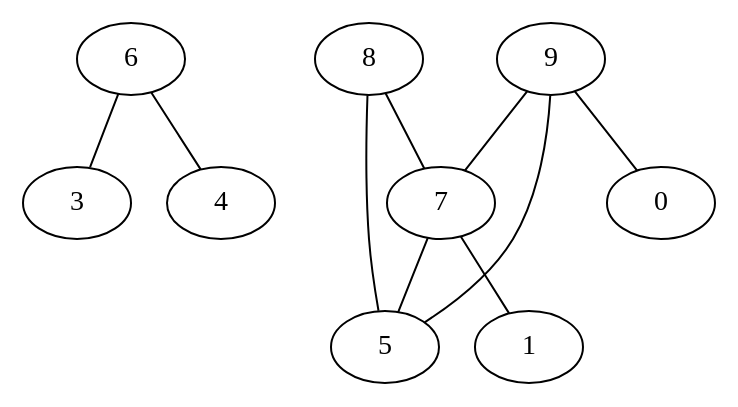
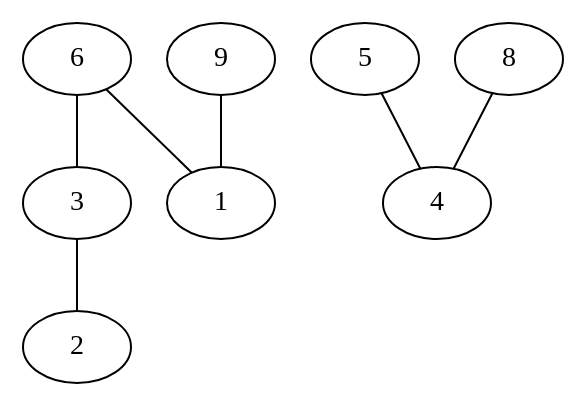
Before and after one commit to evlrs/Labyrinthe: the diagram in partition/dorian/graph_mat.dot, drawn with Graphviz. The commit also changed 17 other files, not shown here.

```diff
--- a/partition/dorian/graph_mat.dot
+++ b/partition/dorian/graph_mat.dot
@@ -1,11 +1,8 @@
 graph {
+	 3 -- 2;
+	 5 -- 4;
+	 6 -- 1;
 	 6 -- 3;
-	 6 -- 4;
-	 7 -- 1;
-	 7 -- 5;
-	 8 -- 5;
-	 8 -- 7;
-	 9 -- 0;
-	 9 -- 5;
-	 9 -- 7;
+	 8 -- 4;
+	 9 -- 1;
 }
```
